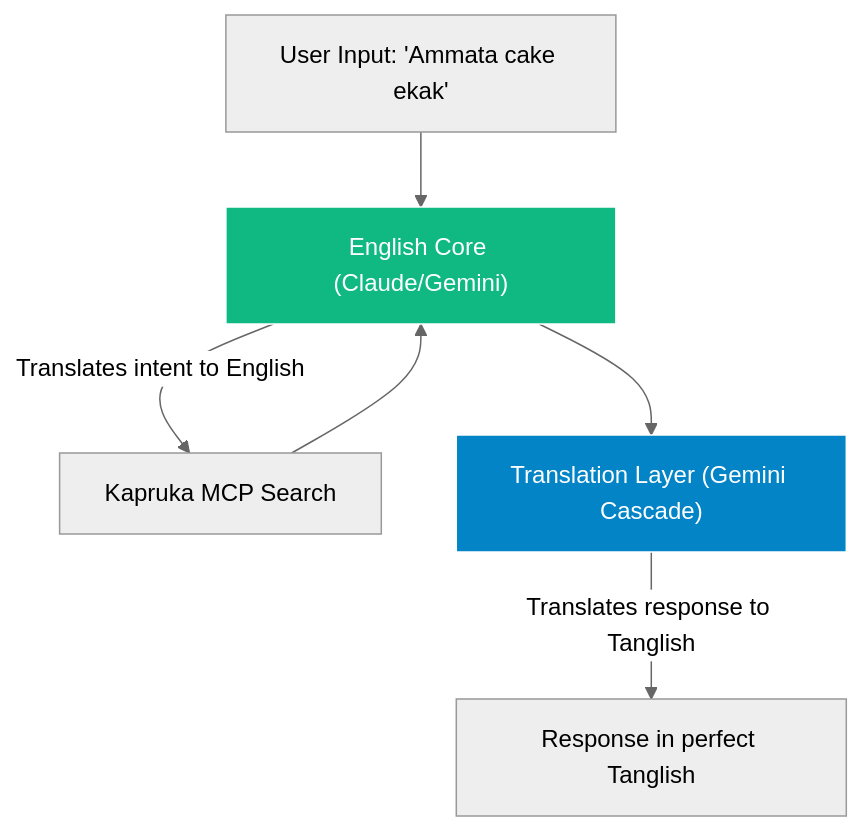
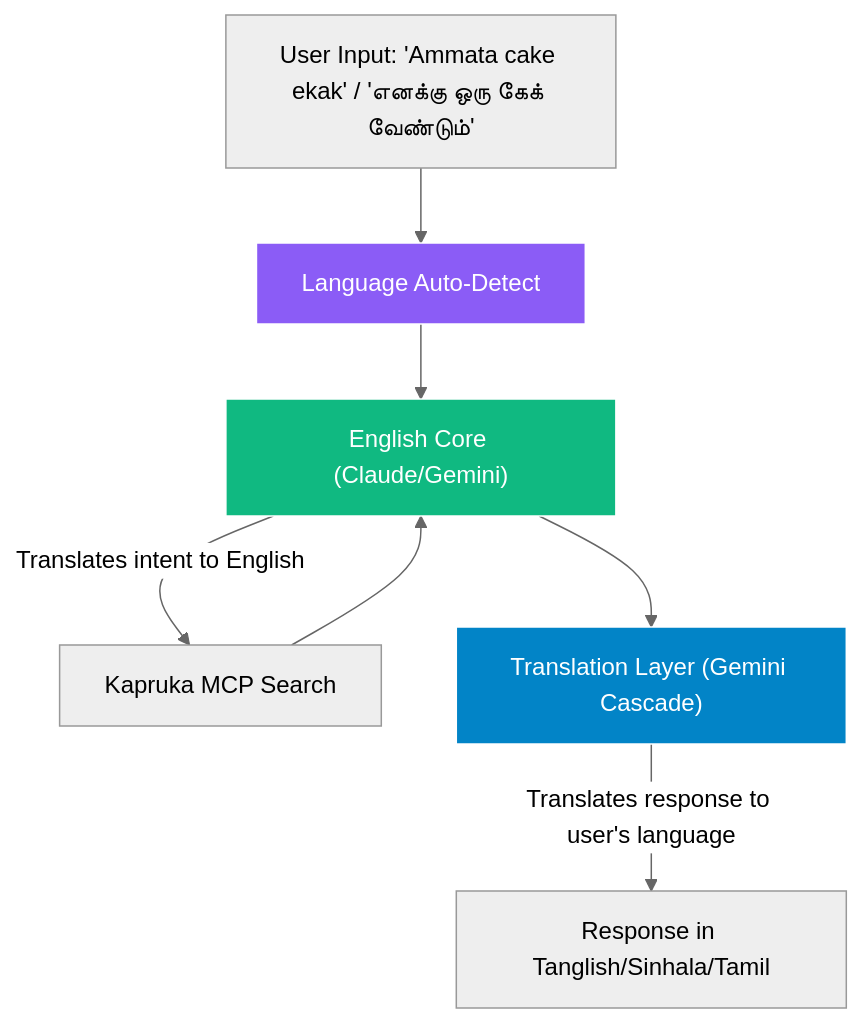
Before and after one commit to LasaKaru/kapri: the second of 6 diagrams in submition/presentation_script.md, drawn with Mermaid (neutral theme). The commit also changed other lines of this file and 1 other file, not shown here.

````diff
--- a/submition/presentation_script.md
+++ b/submition/presentation_script.md
@@ -32,12 +32,14 @@
 ```mermaid
 graph TD
-    Input["User Input: 'Ammata cake ekak'"]
-    Input --> Core["English Core (Claude/Gemini)"]
+    Input["User Input: 'Ammata cake ekak' / 'எனக்கு ஒரு கேக் வேண்டும்'"]
+    Input --> AutoDetect["Language Auto-Detect"]
+    AutoDetect --> Core["English Core (Claude/Gemini)"]
     Core -- "Translates intent to English" --> MCP[Kapruka MCP Search]
     MCP --> Core
     Core --> TL["Translation Layer (Gemini Cascade)"]
-    TL -- "Translates response to Tanglish" --> Output["Response in perfect Tanglish"]
+    TL -- "Translates response to user's language" --> Output["Response in Tanglish/Sinhala/Tamil"]
     
+    style AutoDetect fill:#8b5cf6,stroke:#fff,color:#fff
     style Core fill:#10b981,stroke:#fff,color:#fff
     style TL fill:#0284c7,stroke:#fff,color:#fff
 ```
````
